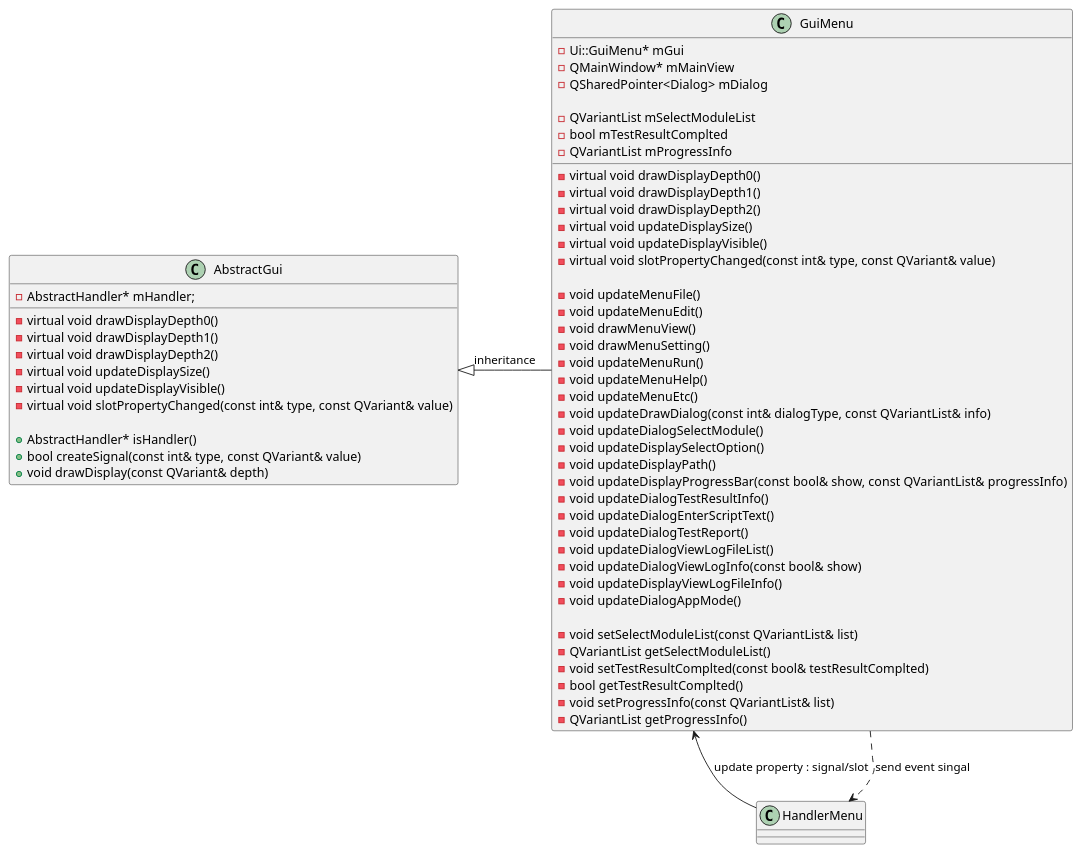
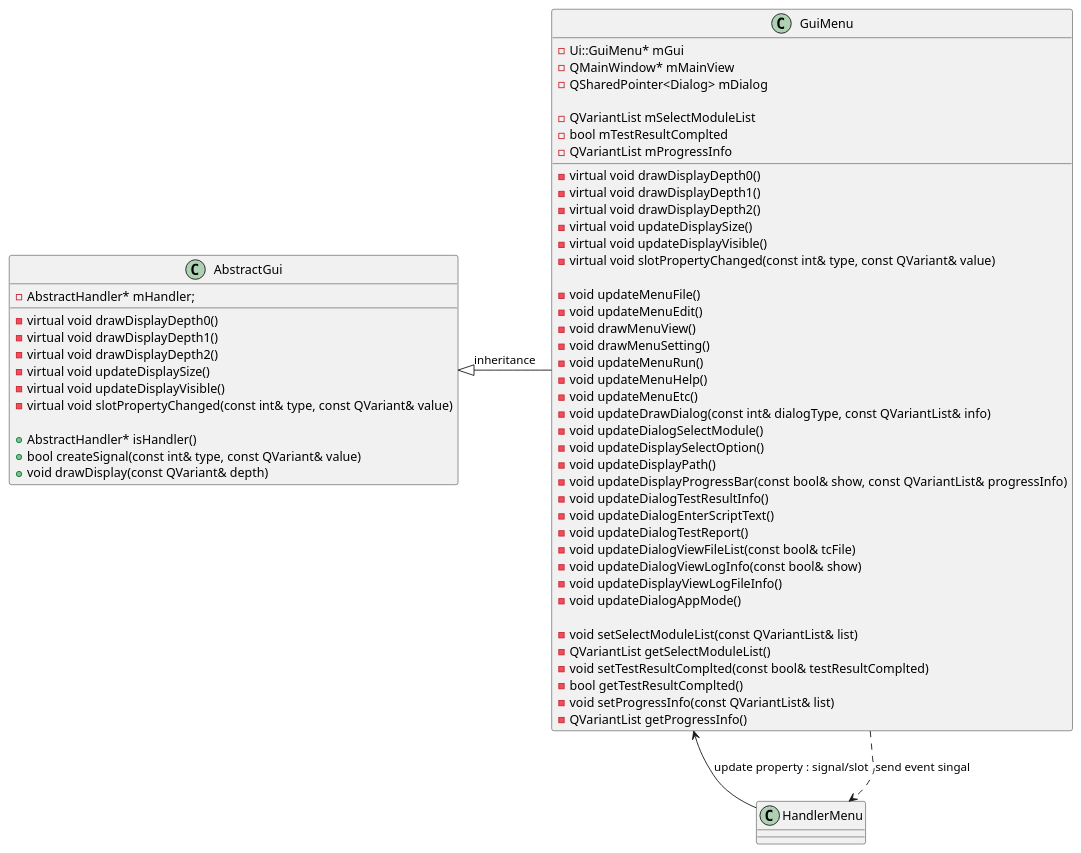
Before and after one commit to rlarudgh1997/Application: the diagram in Diagram/020_Menu/ClassDiagram_MenuGui.plantuml, drawn with PlantUML. The commit also changed 25 other files, not shown here.

```diff
--- a/Diagram/020_Menu/ClassDiagram_MenuGui.plantuml
+++ b/Diagram/020_Menu/ClassDiagram_MenuGui.plantuml
@@ -1,70 +1,70 @@
 @startuml
 
 ' AbstractGui 클래스 정의
 class AbstractGui {
     -virtual void drawDisplayDepth0()
     -virtual void drawDisplayDepth1()
     -virtual void drawDisplayDepth2()
     -virtual void updateDisplaySize()
     -virtual void updateDisplayVisible()
     -virtual void slotPropertyChanged(const int& type, const QVariant& value)
 
     +AbstractHandler* isHandler()
     +bool createSignal(const int& type, const QVariant& value)
     +void drawDisplay(const QVariant& depth)
 
     -AbstractHandler* mHandler;
 }
 
 ' GuiMenu 클래스 정의
 class GuiMenu {
     -virtual void drawDisplayDepth0()
     -virtual void drawDisplayDepth1()
     -virtual void drawDisplayDepth2()
     -virtual void updateDisplaySize()
     -virtual void updateDisplayVisible()
     -virtual void slotPropertyChanged(const int& type, const QVariant& value)
 
     -void updateMenuFile()
     -void updateMenuEdit()
     -void drawMenuView()
     -void drawMenuSetting()
     -void updateMenuRun()
     -void updateMenuHelp()
     -void updateMenuEtc()
     -void updateDrawDialog(const int& dialogType, const QVariantList& info)
     -void updateDialogSelectModule()
     -void updateDisplaySelectOption()
     -void updateDisplayPath()
     -void updateDisplayProgressBar(const bool& show, const QVariantList& progressInfo)
     -void updateDialogTestResultInfo()
     -void updateDialogEnterScriptText()
     -void updateDialogTestReport()
-    -void updateDialogViewLogFileList()
+    -void updateDialogViewFileList(const bool& tcFile)
     -void updateDialogViewLogInfo(const bool& show)
     -void updateDisplayViewLogFileInfo()
     -void updateDialogAppMode()
 
     -void setSelectModuleList(const QVariantList& list)
     -QVariantList getSelectModuleList()
     -void setTestResultComplted(const bool& testResultComplted)
     -bool getTestResultComplted()
     -void setProgressInfo(const QVariantList& list)
     -QVariantList getProgressInfo()
 
     -Ui::GuiMenu* mGui
     -QMainWindow* mMainView
     -QSharedPointer<Dialog> mDialog
 
     -QVariantList mSelectModuleList
     -bool mTestResultComplted
     -QVariantList mProgressInfo
 }
 
 
 ' 클래스 간의 관계 정의
 AbstractGui <|- GuiMenu : inheritance
 GuiMenu <-- HandlerMenu : update property : signal/slot
 GuiMenu ..> HandlerMenu : send event singal
 
 @enduml
```
